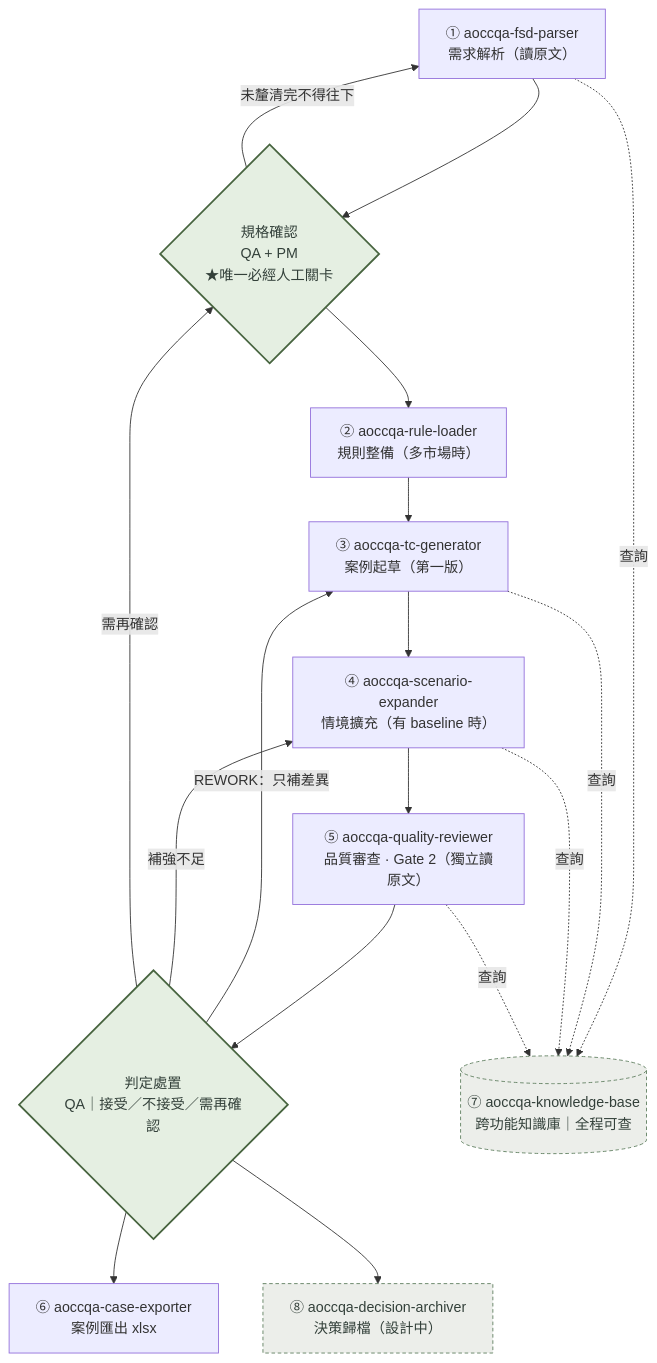
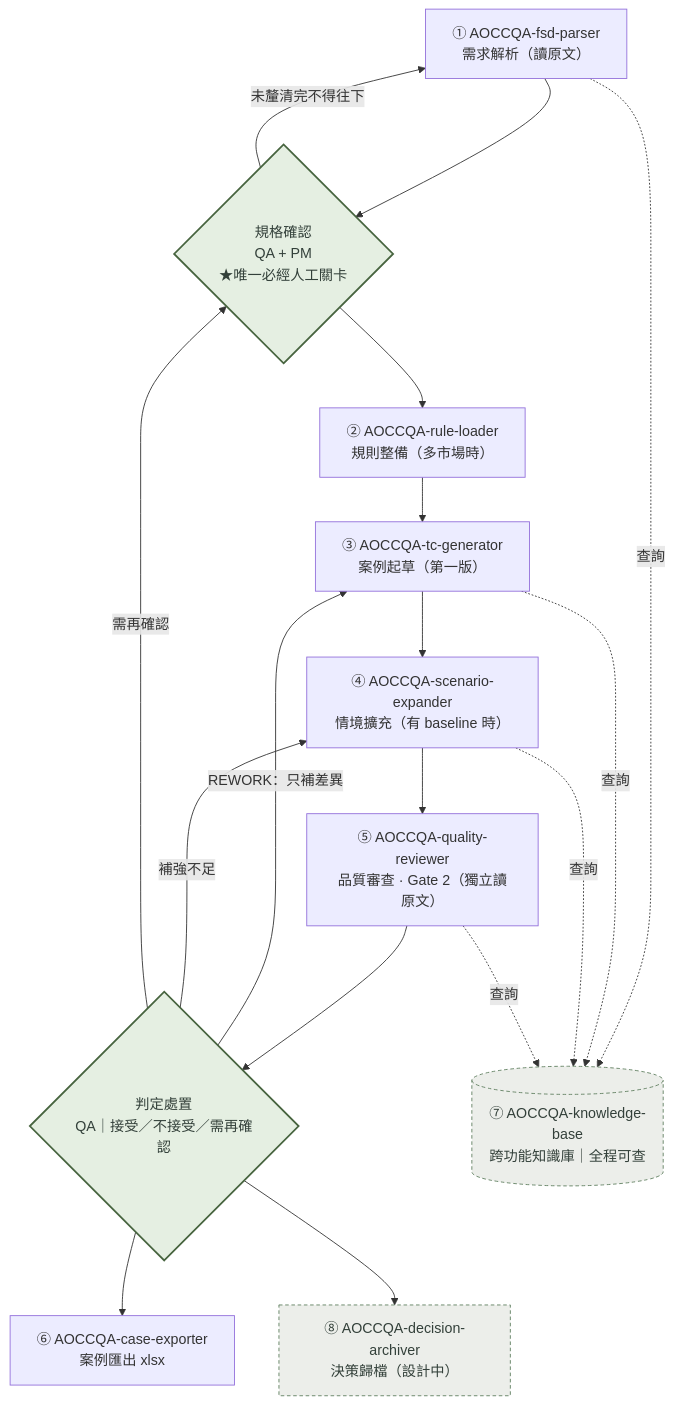
Before and after one commit to Verna0519/AOCC_QA_Skill_UseCase: the diagram in README.md, drawn with Mermaid. The commit also changed other lines of this file and 1 other file, not shown here.

First line of the commit message:
docs: skill 顯示名稱統一為大寫前綴 AOCCQA-

````diff
--- a/README.md
+++ b/README.md
@@ -36,31 +36,31 @@
 ```mermaid
 flowchart TD
-    A["① aoccqa-fsd-parser<br/>需求解析（讀原文）"]
+    A["① AOCCQA-fsd-parser<br/>需求解析（讀原文）"]
     G1{"規格確認<br/>QA + PM<br/>★唯一必經人工關卡"}
-    B["② aoccqa-rule-loader<br/>規則整備（多市場時）"]
-    C["③ aoccqa-tc-generator<br/>案例起草（第一版）"]
-    D["④ aoccqa-scenario-expander<br/>情境擴充（有 baseline 時）"]
-    E["⑤ aoccqa-quality-reviewer<br/>品質審查 · Gate 2（獨立讀原文）"]
+    B["② AOCCQA-rule-loader<br/>規則整備（多市場時）"]
+    C["③ AOCCQA-tc-generator<br/>案例起草（第一版）"]
+    D["④ AOCCQA-scenario-expander<br/>情境擴充（有 baseline 時）"]
+    E["⑤ AOCCQA-quality-reviewer<br/>品質審查 · Gate 2（獨立讀原文）"]
     G2{"判定處置<br/>QA｜接受／不接受／需再確認"}
-    F["⑥ aoccqa-case-exporter<br/>案例匯出 xlsx"]
-    H["⑧ aoccqa-decision-archiver<br/>決策歸檔（設計中）"]
-    KB[("⑦ aoccqa-knowledge-base<br/>跨功能知識庫｜全程可查")]
+    F["⑥ AOCCQA-case-exporter<br/>案例匯出 xlsx"]
+    H["⑧ AOCCQA-decision-archiver<br/>決策歸檔（設計中）"]
+    KB[("⑦ AOCCQA-knowledge-base<br/>跨功能知識庫｜全程可查")]
 
     A --> G1
     G1 -->|"未釐清完不得往下"| A
     G1 --> B --> C --> D --> E --> G2
     G2 -->|"REWORK：只補差異"| C
     G2 -->|"補強不足"| D
     G2 -->|"需再確認"| G1
     G2 --> F
     G2 --> H
     A -. 查詢 .-> KB
     C -. 查詢 .-> KB
     D -. 查詢 .-> KB
     E -. 查詢 .-> KB
 
     classDef human fill:#e5efe2,stroke:#47643f,stroke-width:2px,color:#33403a;
     classDef aux fill:#eceeea,stroke:#5f7f5f,color:#33403a,stroke-dasharray:4 3;
     class G1,G2 human;
     class KB,H aux;
 ```
````
